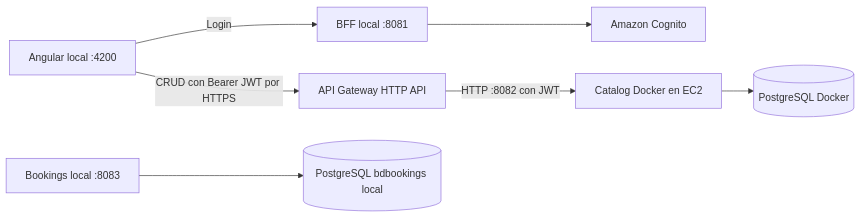
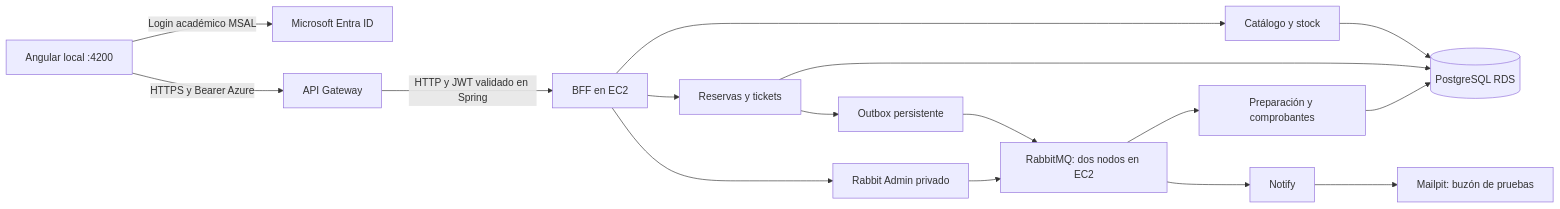
Before and after one commit to Unluccky/CampusLab-Documentacion: the diagram in README.md, drawn with Mermaid. The commit also changed other lines of this file and 16 other files, not shown here.

Commit message:
Document Experience 2 architecture rubric deployment and verified workflows

````diff
--- a/README.md
+++ b/README.md
@@ -16,9 +20,18 @@
 ```mermaid
 flowchart LR
-    A[Angular local :4200] -->|Login| B[BFF local :8081]
-    B --> C[Amazon Cognito]
-    A -->|CRUD con Bearer JWT por HTTPS| G[API Gateway HTTP API]
-    G -->|HTTP :8082 con JWT| S[Catalog Docker en EC2]
-    S --> D[(PostgreSQL Docker)]
-    R[Bookings local :8083] --> L[(PostgreSQL bdbookings local)]
+    A[Angular local :4200] -->|Login académico MSAL| E[Microsoft Entra ID]
+    A -->|HTTPS y Bearer Azure| G[API Gateway]
+    G -->|HTTP y JWT validado en Spring| B[BFF en EC2]
+    B --> C[Catálogo y stock]
+    B --> R[Reservas y tickets]
+    C --> D[(PostgreSQL RDS)]
+    R --> D
+    R --> O[Outbox persistente]
+    O --> Q[RabbitMQ: dos nodos en EC2]
+    Q --> P[Preparación y comprobantes]
+    P --> D
+    Q --> N[Notify]
+    N --> M[Mailpit: buzón de pruebas]
+    B --> X[Rabbit Admin privado]
+    X --> Q
 ```
````
